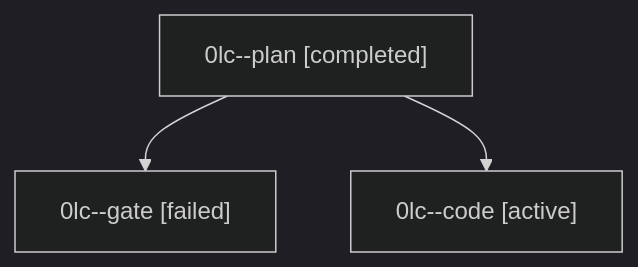
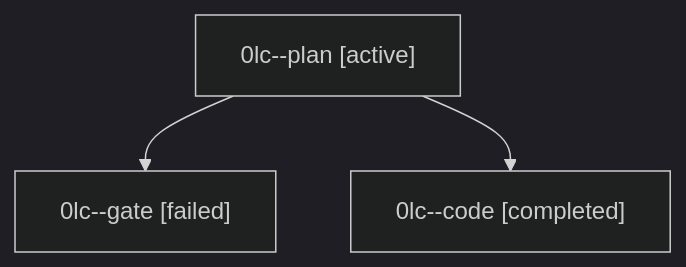
The diagram in families/bbugyi200.athena.0lc.md (bobs-org/bob-cli--agents), drawn with Mermaid (dark theme) before and after one commit. The commit also changed other lines of this file and 1279 other files, not shown here.

````diff
--- a/families/bbugyi200.athena.0lc.md
+++ b/families/bbugyi200.athena.0lc.md
@@ -9,8 +9,8 @@
 ```mermaid
 flowchart TD
-  n0["0lc--plan [completed]"]
+  n0["0lc--plan [active]"]
   n1["0lc--gate [failed]"]
   n0 --> n1
-  n2["0lc--code [active]"]
+  n2["0lc--code [completed]"]
   n0 --> n2
 ```
````
